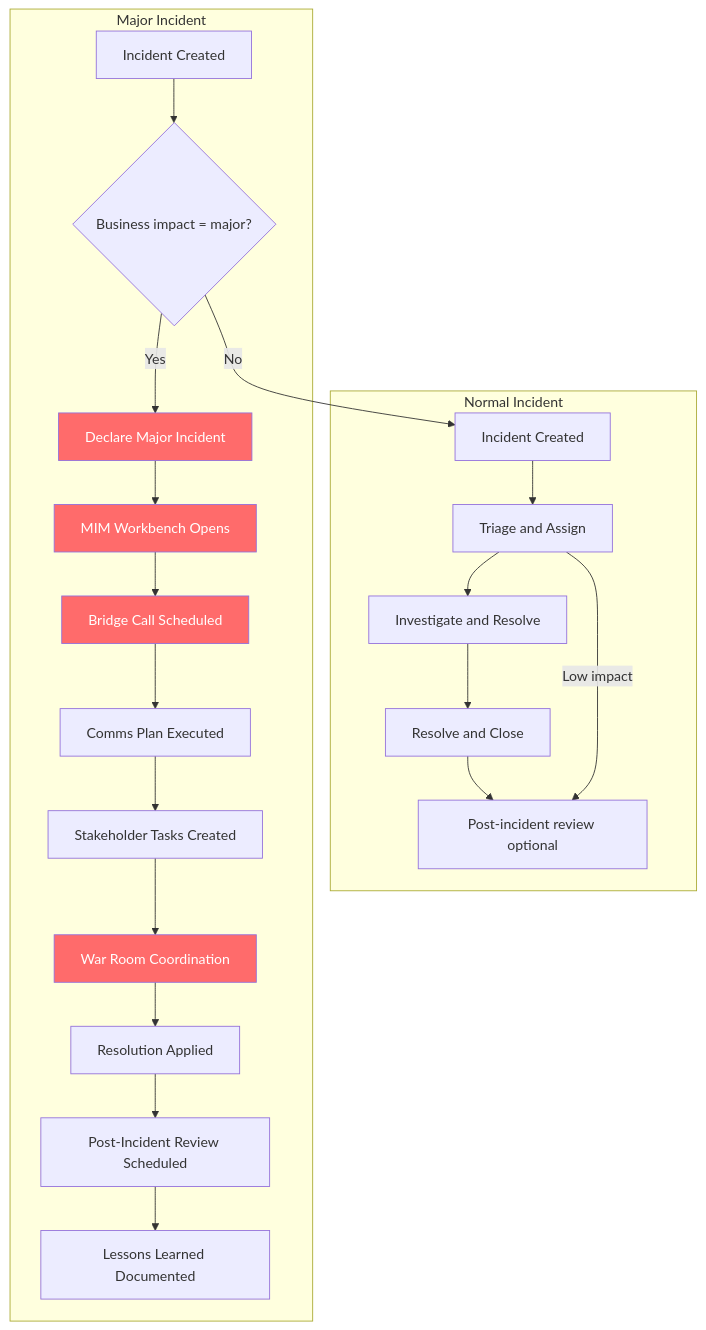
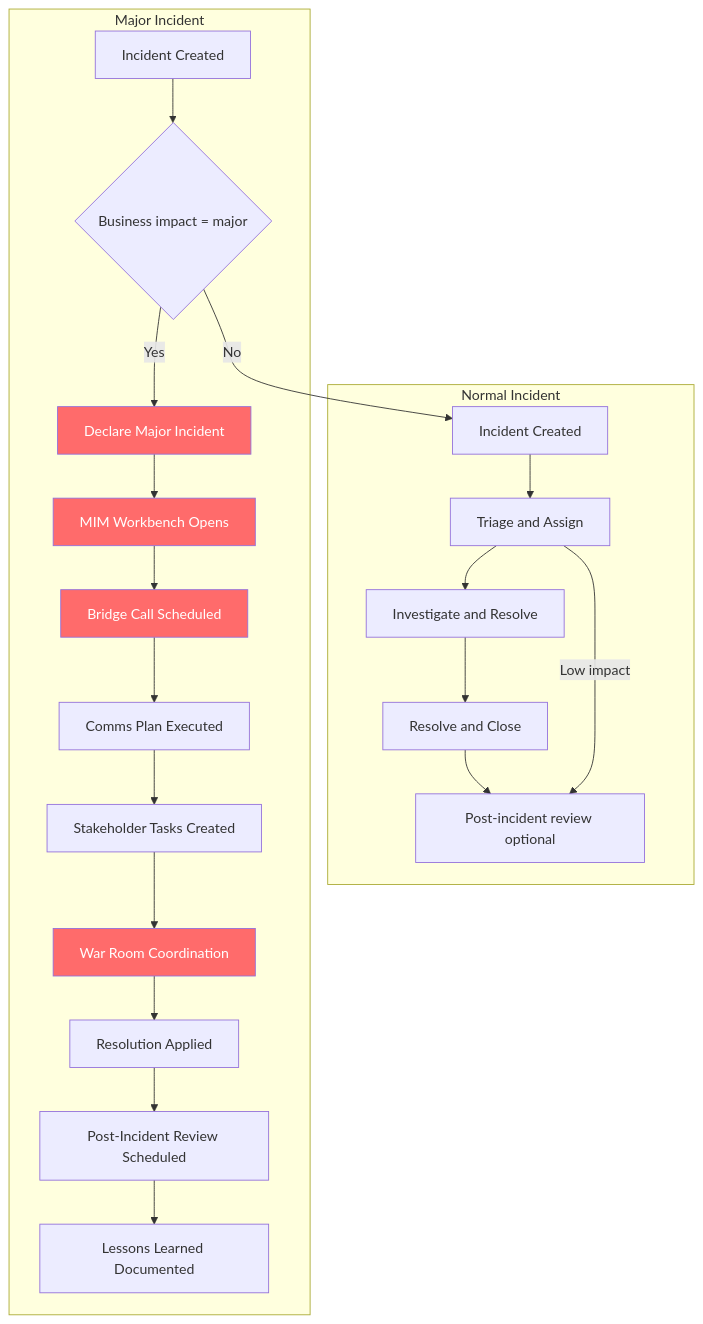
One commit to eltonaguiar/ServiceNow_Learning_TSOM-_CSM_FSM_SalesCRM_HAM_ITSM changed the second of 8 diagrams in docs/modules/itsm/itsm-guide.md. Above: the diagram before and after it, drawn with Mermaid. The commit also changed other lines of this file and 19 other files, not shown here.

First line of the commit message:
Fix Mermaid diagram syntax errors - replace problematic chars in text content only

````diff
--- a/docs/modules/itsm/itsm-guide.md
+++ b/docs/modules/itsm/itsm-guide.md
@@ -471,32 +471,32 @@
 ```mermaid
 flowchart TD
     subgraph "Normal Incident"
         N1[Incident Created] --> N2[Triage  and  Assign]
         N2 --> N3[Investigate  and  Resolve]
         N3 --> N4[Resolve  and  Close]
         N4 --> N5[Post-incident review optional]
     end
     
     subgraph "Major Incident"
-        M1[Incident Created] --> M2{Business impact = major?}
+        M1[Incident Created] --> M2{Business impact = major}
         M2 -->|Yes| M3[Declare Major Incident]
         M3 --> M4[MIM Workbench Opens]
         M4 --> M5[Bridge Call Scheduled]
         M5 --> M6[Comms Plan Executed]
         M6 --> M7[Stakeholder Tasks Created]
         M7 --> M8[War Room Coordination]
         M8 --> M9[Resolution Applied]
         M9 --> M10[Post-Incident Review Scheduled]
         M10 --> M11[Lessons Learned Documented]
     end
     
     N2 -->|Low impact| N5
     M2 -->|No| N1
     
     style M3 fill:#ff6b6b,color:#fff
     style M4 fill:#ff6b6b,color:#fff
     style M5 fill:#ff6b6b,color:#fff
     style M8 fill:#ff6b6b,color:#fff
     
     
 ```
````
